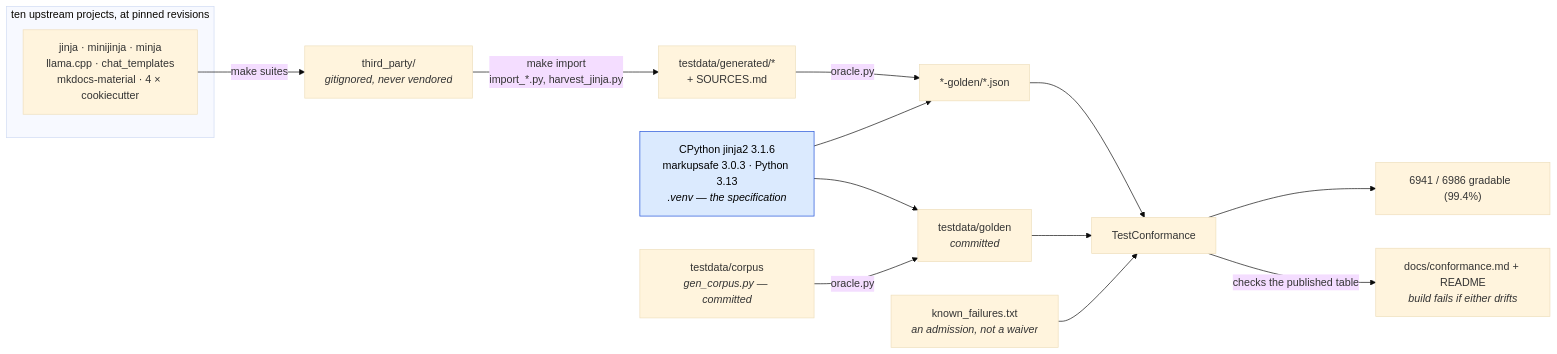
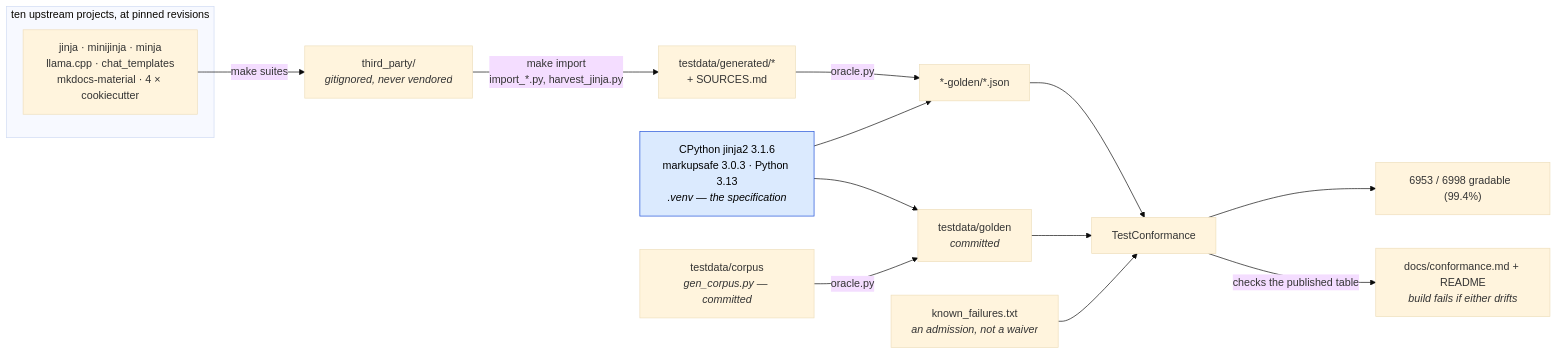
One commit to mgilbir/gojja2 changed the first of 2 diagrams in docs/conformance.md. Above: the diagram before and after it, drawn with Mermaid (base theme). The commit also changed other lines of this file and 57 other files, not shown here.

````diff
--- a/docs/conformance.md
+++ b/docs/conformance.md
@@ -17,24 +17,24 @@
 ```mermaid
 flowchart LR
     subgraph up["ten upstream projects, at pinned revisions"]
         U1["jinja · minijinja · minja<br/>llama.cpp · chat_templates<br/>mkdocs-material · 4 × cookiecutter"]
     end
     U1 -->|"make suites"| TP["third_party/<br/><i>gitignored, never vendored</i>"]
     TP -->|"make import<br/>import_*.py, harvest_jinja.py"| GEN["testdata/generated/*<br/>+ SOURCES.md"]
 
     ORA["CPython jinja2 3.1.6<br/>markupsafe 3.0.3 · Python 3.13<br/><i>.venv — the specification</i>"]
     GEN -->|"oracle.py"| G2["*-golden/*.json"]
     ORA --> G2
 
     OWN["testdata/corpus<br/><i>gen_corpus.py — committed</i>"] -->|"oracle.py"| G1["testdata/golden<br/><i>committed</i>"]
     ORA --> G1
 
     G1 --> TC["TestConformance"]
     G2 --> TC
     KF["known_failures.txt<br/><i>an admission, not a waiver</i>"] --> TC
-    TC --> RATE["6941 / 6986 gradable  (99.4%)"]
+    TC --> RATE["6953 / 6998 gradable  (99.4%)"]
     TC -->|"checks the published table"| RM["docs/conformance.md + README<br/><i>build fails if either drifts</i>"]
 
     classDef spec fill:#dbeafe,stroke:#1d4ed8,color:#000
     class ORA spec
 ```
````
